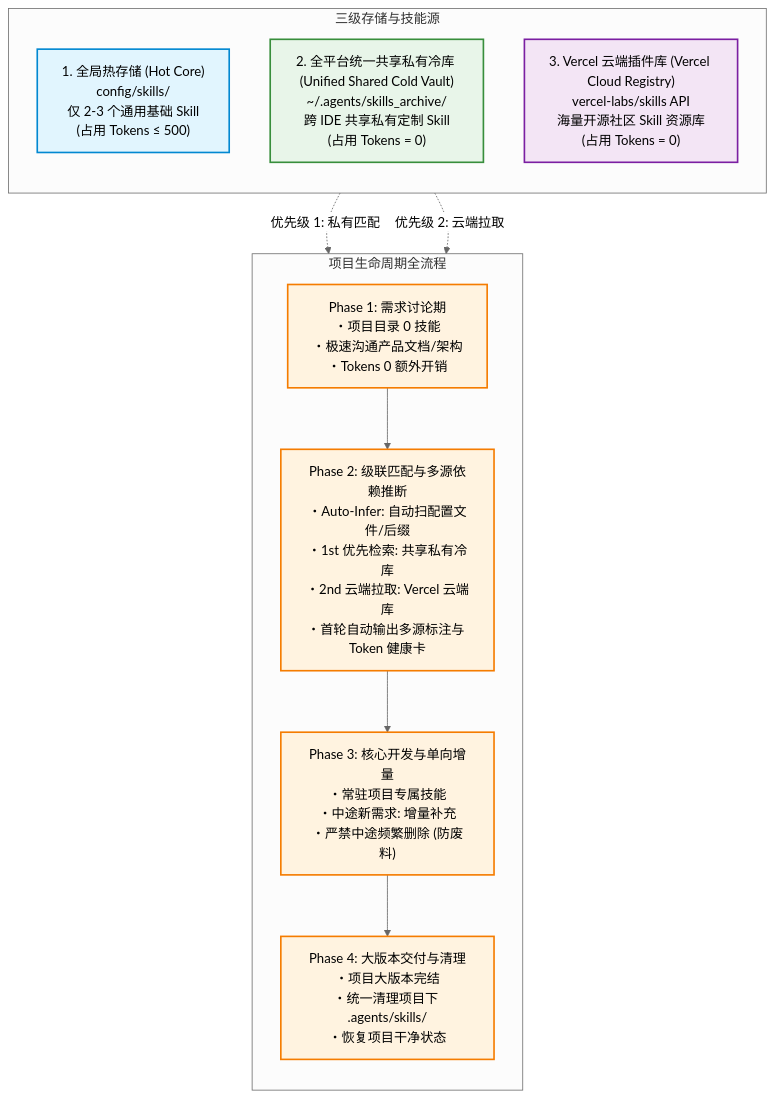
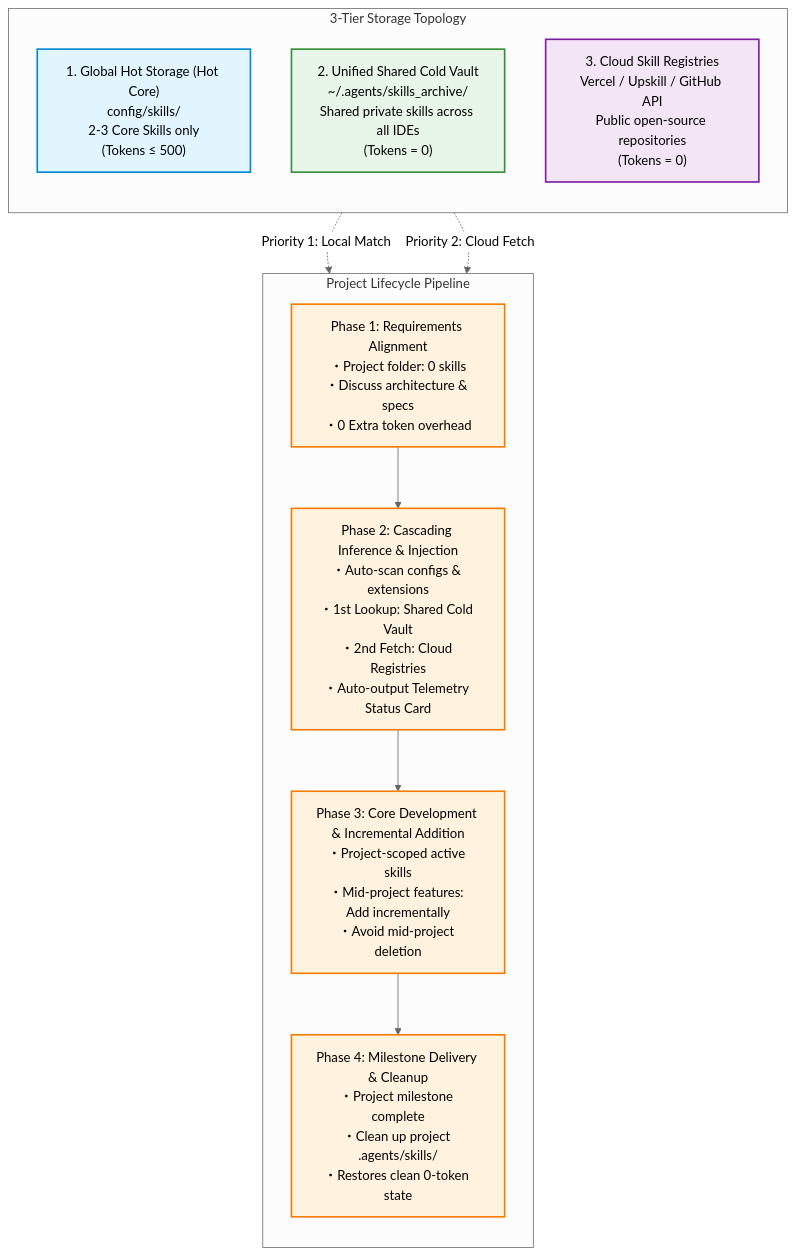
Before and after one commit to amasun/skill-orchestrator: the first of 2 diagrams in README.md, drawn with Mermaid (neutral theme). The commit also changed other lines of this file and 2 other files, not shown here.

````diff
--- a/README.md
+++ b/README.md
@@ -87,27 +77,27 @@
 ```mermaid
 flowchart TD
     classDef hotStyle fill:#e1f5fe,stroke:#0288d1,stroke-width:2px;
     classDef coldStyle fill:#e8f5e9,stroke:#388e3c,stroke-width:2px;
     classDef cloudStyle fill:#f3e5f5,stroke:#7b1fa2,stroke-width:2px;
     classDef phaseStyle fill:#fff3e0,stroke:#f57c00,stroke-width:2px;
 
-    subgraph STORAGE["三级存储与技能源"]
+    subgraph STORAGE["3-Tier Storage Topology"]
         direction TB
-        HotCore["1. 全局热存储 (Hot Core)<br>config/skills/<br>仅 2-3 个通用基础 Skill<br>(占用 Tokens &le; 500)"]:::hotStyle
-        ColdArchive["2. 全平台统一共享私有冷库 (Unified Shared Cold Vault)<br>~/.agents/skills_archive/<br>跨 IDE 共享私有定制 Skill<br>(占用 Tokens = 0)"]:::coldStyle
-        VercelCloud["3. Vercel 云端插件库 (Vercel Cloud Registry)<br>vercel-labs/skills API<br>海量开源社区 Skill 资源库<br>(占用 Tokens = 0)"]:::cloudStyle
+        HotCore["1. Global Hot Storage (Hot Core)<br>config/skills/<br>2-3 Core Skills only<br>(Tokens &le; 500)"]:::hotStyle
+        ColdArchive["2. Unified Shared Cold Vault<br>~/.agents/skills_archive/<br>Shared private skills across all IDEs<br>(Tokens = 0)"]:::coldStyle
+        VercelCloud["3. Cloud Skill Registries<br>Vercel / Upskill / GitHub API<br>Public open-source repositories<br>(Tokens = 0)"]:::cloudStyle
     end
 
-    subgraph LIFECYCLE["项目生命周期全流程"]
+    subgraph LIFECYCLE["Project Lifecycle Pipeline"]
         direction TB
-        P1["Phase 1: 需求讨论期<br>・项目目录 0 技能<br>・极速沟通产品文档/架构<br>・Tokens 0 额外开销"]:::phaseStyle
-        P2["Phase 2: 级联匹配与多源依赖推断<br>・Auto-Infer: 自动扫配置文件/后缀<br>・1st 优先检索: 共享私有冷库<br>・2nd 云端拉取: Vercel 云端库<br>・首轮自动输出多源标注与 Token 健康卡"]:::phaseStyle
-        P3["Phase 3: 核心开发与单向增量<br>・常驻项目专属技能<br>・中途新需求: 增量补充<br>・严禁中途频繁删除 (防废料)"]:::phaseStyle
-        P4["Phase 4: 大版本交付与清理<br>・项目大版本完结<br>・统一清理项目下 .agents/skills/<br>・恢复项目干净状态"]:::phaseStyle
+        P1["Phase 1: Requirements Alignment<br>・Project folder: 0 skills<br>・Discuss architecture & specs<br>・0 Extra token overhead"]:::phaseStyle
+        P2["Phase 2: Cascading Inference & Injection<br>・Auto-scan configs & extensions<br>・1st Lookup: Shared Cold Vault<br>・2nd Fetch: Cloud Registries<br>・Auto-output Telemetry Status Card"]:::phaseStyle
+        P3["Phase 3: Core Development & Incremental Addition<br>・Project-scoped active skills<br>・Mid-project features: Add incrementally<br>・Avoid mid-project deletion"]:::phaseStyle
+        P4["Phase 4: Milestone Delivery & Cleanup<br>・Project milestone complete<br>・Clean up project .agents/skills/<br>・Restores clean 0-token state"]:::phaseStyle
 
         P1 --> P2 --> P3 --> P4
     end
 
-    ColdArchive -.->|优先级 1: 私有匹配| P2
-    VercelCloud -.->|优先级 2: 云端拉取| P2
+    ColdArchive -.->|Priority 1: Local Match| P2
+    VercelCloud -.->|Priority 2: Cloud Fetch| P2
 ```
````
